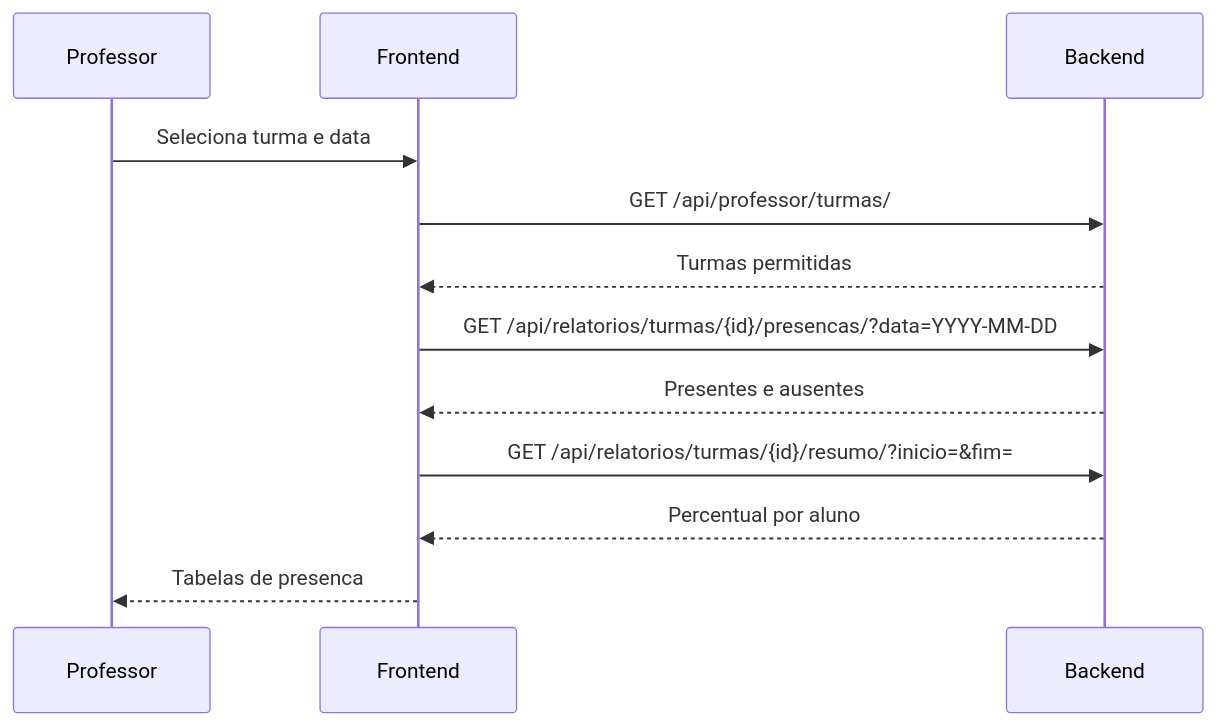
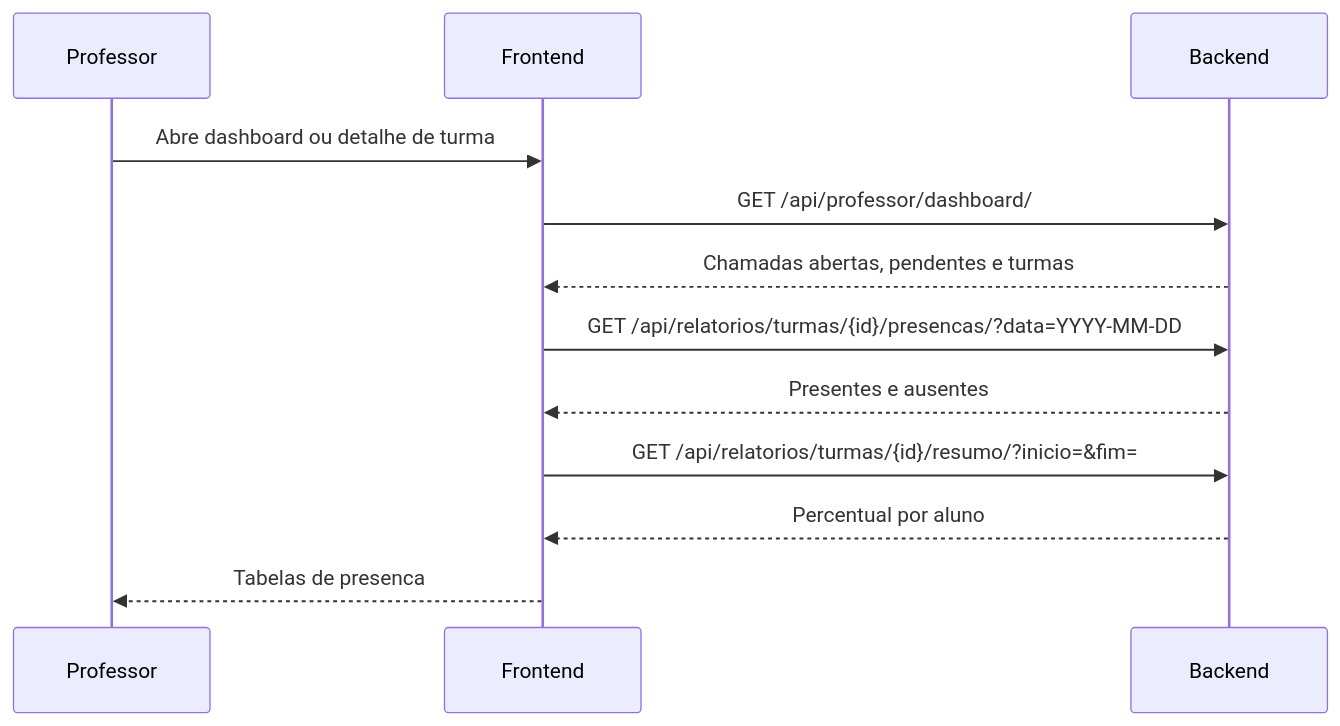
Before and after one commit to DanielKGM/autoponto: the fourth of 7 diagrams in autoponto-frontend/docs/diagramas-tcc.md, drawn with Mermaid. The commit also changed other lines of this file and 17 other files, not shown here.

First line of the commit message:
Refactor API documentation and frontend structure; update requirements and improve user flows

````diff
--- a/autoponto-frontend/docs/diagramas-tcc.md
+++ b/autoponto-frontend/docs/diagramas-tcc.md
@@ -63,15 +73,15 @@
 ```mermaid
 sequenceDiagram
     participant Prof as Professor
     participant Front as Frontend
     participant API as Backend
 
-    Prof->>Front: Seleciona turma e data
-    Front->>API: GET /api/professor/turmas/
-    API-->>Front: Turmas permitidas
+    Prof->>Front: Abre dashboard ou detalhe de turma
+    Front->>API: GET /api/professor/dashboard/
+    API-->>Front: Chamadas abertas, pendentes e turmas
     Front->>API: GET /api/relatorios/turmas/{id}/presencas/?data=YYYY-MM-DD
     API-->>Front: Presentes e ausentes
     Front->>API: GET /api/relatorios/turmas/{id}/resumo/?inicio=&fim=
     API-->>Front: Percentual por aluno
     Front-->>Prof: Tabelas de presenca
 ```
````
